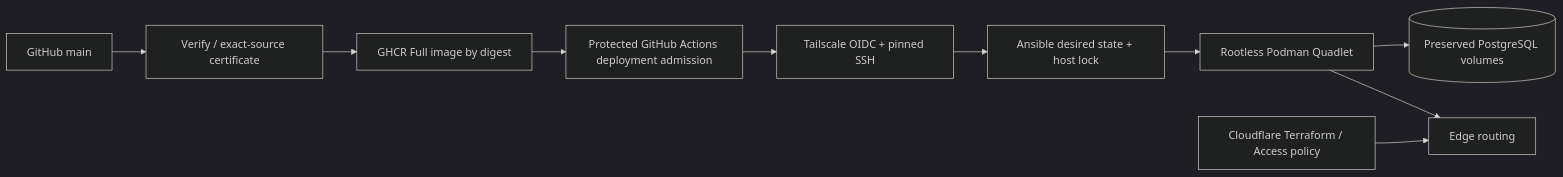
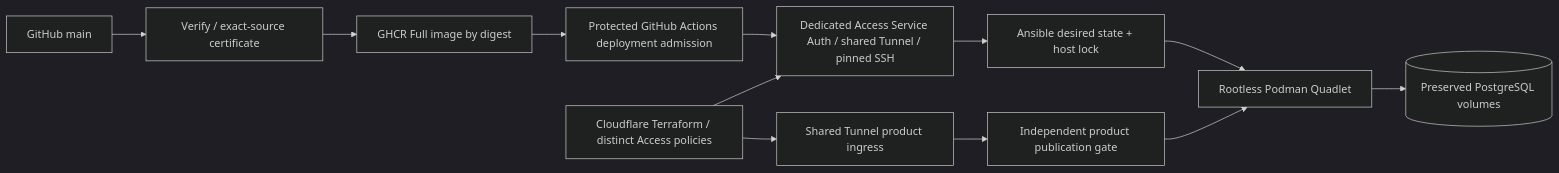
One commit to yohn-jp/codexia changed the diagram in docs/architecture/diagrams/system-2.mmd. Above: the diagram before and after it, drawn with Mermaid (dark theme). The commit also changed 13 other files, not shown here.

Commit message:
docs(architecture): align trust boundaries and deployment models with shared Tunnel

```diff
--- a/docs/architecture/diagrams/system-2.mmd
+++ b/docs/architecture/diagrams/system-2.mmd
@@ -1,10 +1,12 @@
 flowchart LR
     SRC["GitHub main"] --> CI["Verify / exact-source certificate"]
     CI --> ART["GHCR Full image by digest"]
     ART --> GATE["Protected GitHub Actions deployment admission"]
-    GATE --> TAIL["Tailscale OIDC + pinned SSH"]
-    TAIL --> ANS["Ansible desired state + host lock"]
+    GATE --> MANAGEMENT["Dedicated Access Service Auth / shared Tunnel / pinned SSH"]
+    MANAGEMENT --> ANS["Ansible desired state + host lock"]
     ANS --> POD["Rootless Podman Quadlet"]
     POD --> PG[("Preserved PostgreSQL volumes")]
-    TF["Cloudflare Terraform / Access policy"] --> EDGE["Edge routing"]
-    POD --> EDGE
+    TF["Cloudflare Terraform / distinct Access policies"] --> EDGE["Shared Tunnel product ingress"]
+    TF --> MANAGEMENT
+    EDGE --> PUBLICATION["Independent product publication gate"]
+    PUBLICATION --> POD
```
